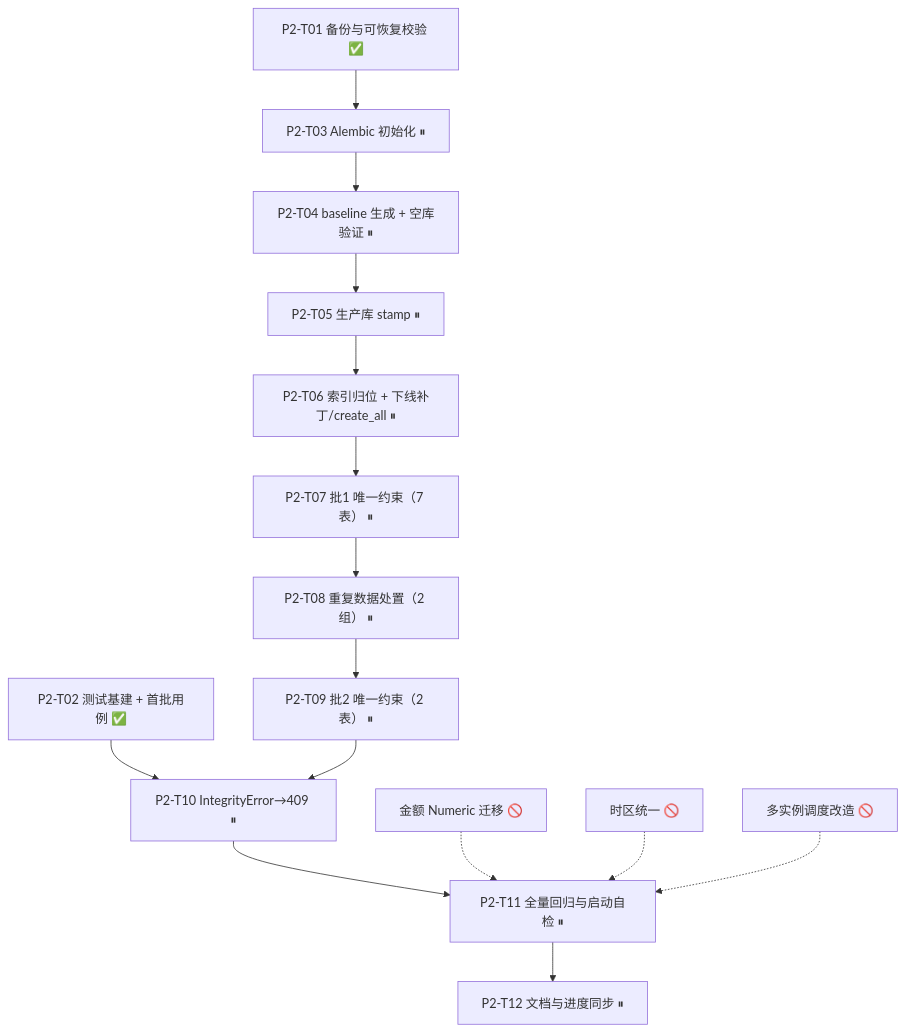
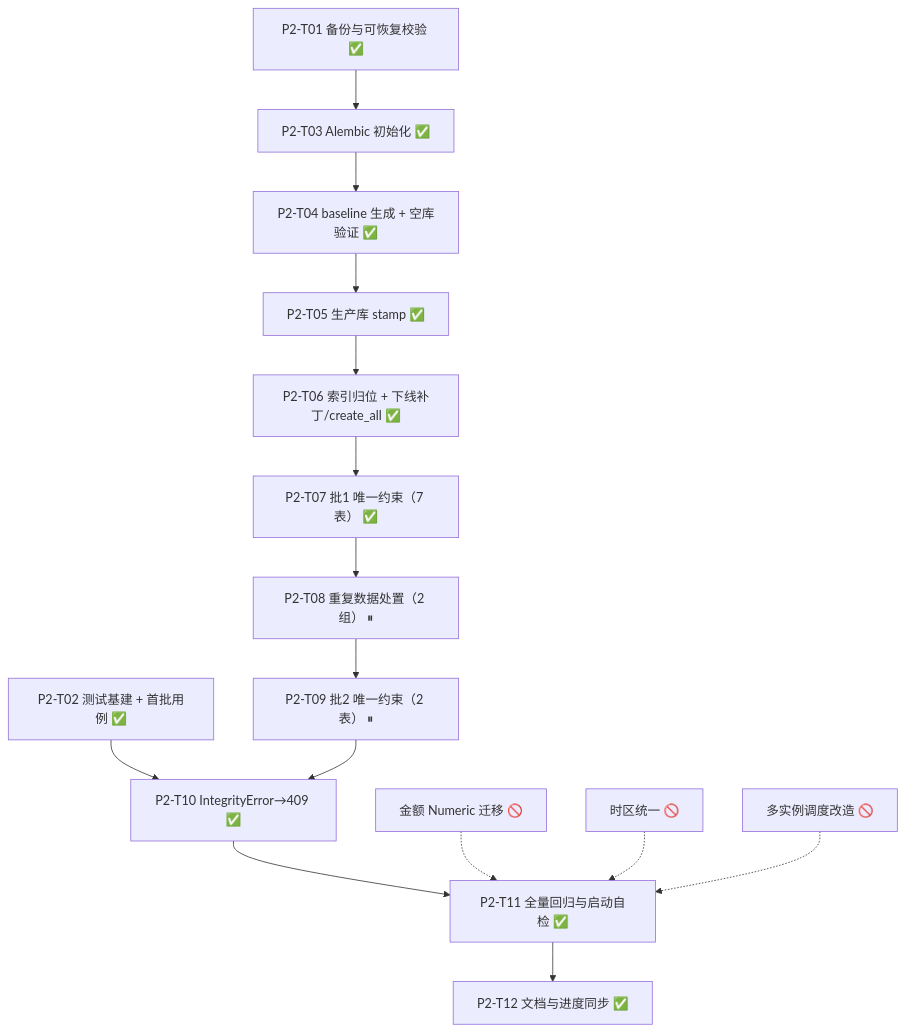
One commit to ZeroOneCN/LifeOS2 changed the diagram in docs/架构加固二期/TASK_架构加固二期.md. Above: the diagram before and after it, drawn with Mermaid. The commit also changed other lines of this file and 2 other files, not shown here.

````diff
--- a/docs/架构加固二期/TASK_架构加固二期.md
+++ b/docs/架构加固二期/TASK_架构加固二期.md
@@ -9,18 +9,18 @@
 ```mermaid
 flowchart TD
-    T01["P2-T01 备份与可恢复校验 ✅"] --> T03["P2-T03 Alembic 初始化 ⏸"]
-    T02["P2-T02 测试基建 + 首批用例 ✅"] --> T10["P2-T10 IntegrityError→409 ⏸"]
-    T03 --> T04["P2-T04 baseline 生成 + 空库验证 ⏸"]
-    T04 --> T05["P2-T05 生产库 stamp ⏸"]
-    T05 --> T06["P2-T06 索引归位 + 下线补丁/create_all ⏸"]
-    T06 --> T07["P2-T07 批1 唯一约束（7 表） ⏸"]
+    T01["P2-T01 备份与可恢复校验 ✅"] --> T03["P2-T03 Alembic 初始化 ✅"]
+    T02["P2-T02 测试基建 + 首批用例 ✅"] --> T10["P2-T10 IntegrityError→409 ✅"]
+    T03 --> T04["P2-T04 baseline 生成 + 空库验证 ✅"]
+    T04 --> T05["P2-T05 生产库 stamp ✅"]
+    T05 --> T06["P2-T06 索引归位 + 下线补丁/create_all ✅"]
+    T06 --> T07["P2-T07 批1 唯一约束（7 表） ✅"]
     T07 --> T08["P2-T08 重复数据处置（2 组） ⏸"]
     T08 --> T09["P2-T09 批2 唯一约束（2 表） ⏸"]
     T09 --> T10
-    T10 --> T11["P2-T11 全量回归与启动自检 ⏸"]
-    T11 --> T12["P2-T12 文档与进度同步 ⏸"]
+    T10 --> T11["P2-T11 全量回归与启动自检 ✅"]
+    T11 --> T12["P2-T12 文档与进度同步 ✅"]
 
     X1["金额 Numeric 迁移 🚫"] -.-> T11
     X2["时区统一 🚫"] -.-> T11
     X3["多实例调度改造 🚫"] -.-> T11
 ```
````
